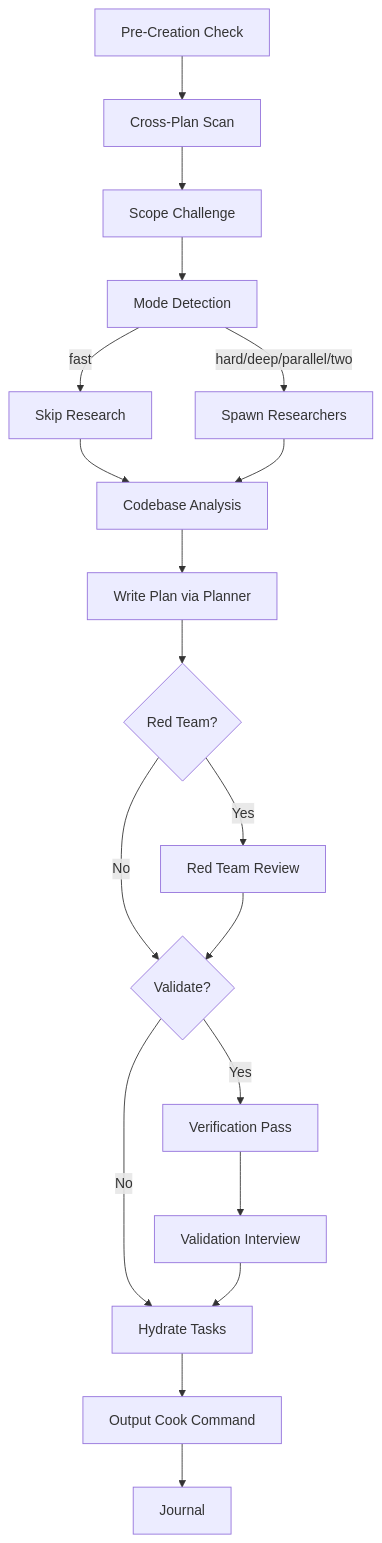
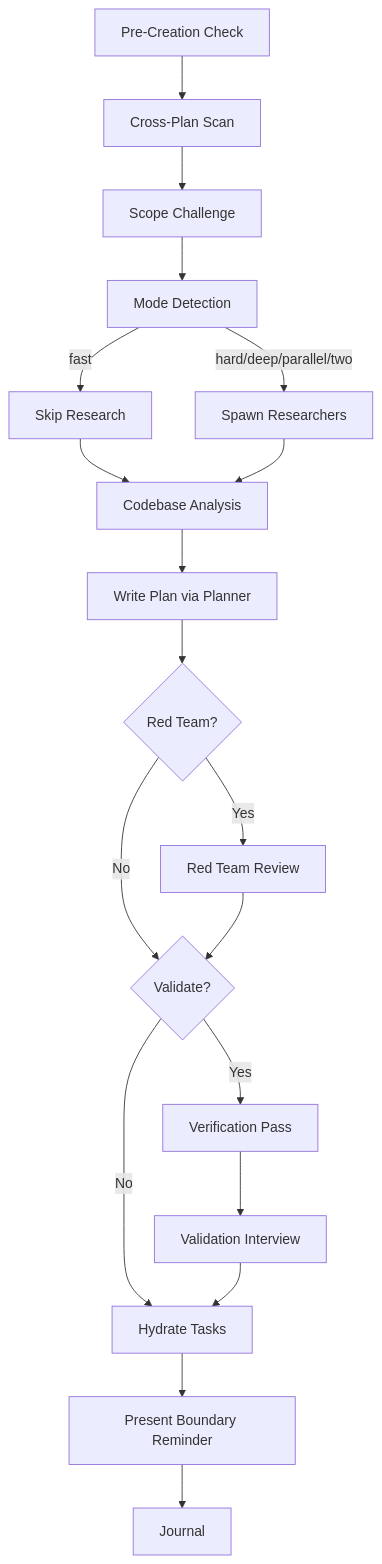
One commit to duy-tung/claudekit-engineer-codex changed the diagram in claude/skills/ck-plan/SKILL.md. Above: the diagram before and after it, drawn with Mermaid. The commit also changed other lines of this file and 15 other files, not shown here.

````diff
--- a/claude/skills/ck-plan/SKILL.md
+++ b/claude/skills/ck-plan/SKILL.md
@@ -209,21 +209,21 @@
 ```mermaid
 flowchart TD
     A[Pre-Creation Check] --> B[Cross-Plan Scan]
     B --> C[Scope Challenge]
     C --> D[Mode Detection]
     D -->|fast| E[Skip Research]
     D -->|hard/deep/parallel/two| F[Spawn Researchers]
     E --> G[Codebase Analysis]
     F --> G
     G --> H[Write Plan via Planner]
     H --> I{Red Team?}
     I -->|Yes| J[Red Team Review]
     I -->|No| K{Validate?}
     J --> K
     K -->|Yes| V[Verification Pass]
     K -->|No| M[Hydrate Tasks]
     V --> L[Validation Interview]
     L --> M
-    M --> N[Output Cook Command]
+    M --> N[Present Boundary Reminder]
     N --> O[Journal]
 ```
````
